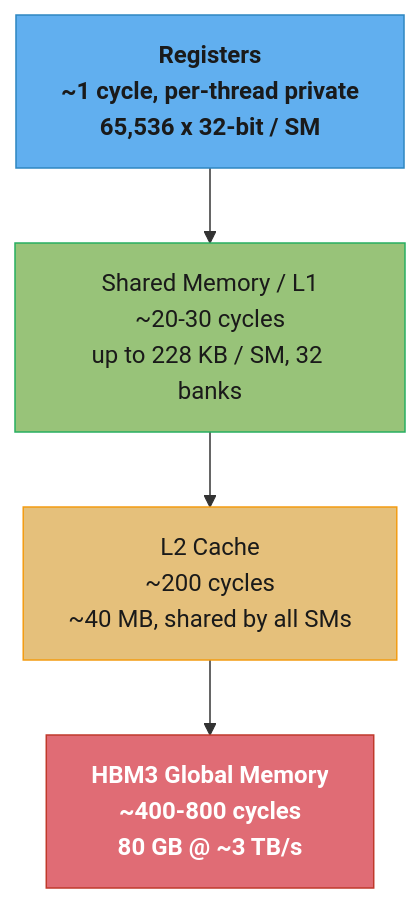
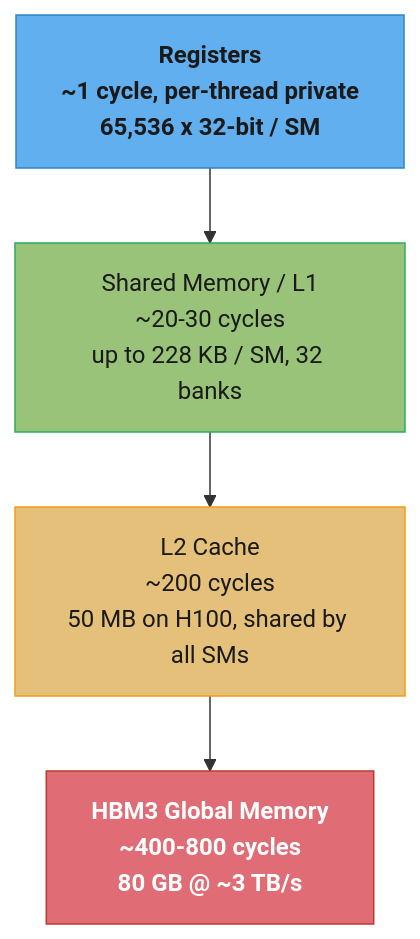
The third of 6 diagrams in src/main/java/com/rutik/systemdesign/cuda/gpu_hardware_architecture/README.md (rppol/system-design), drawn with Mermaid before and after one commit. The commit also changed other lines of this file and 4 other files, not shown here.

````diff
--- a/src/main/java/com/rutik/systemdesign/cuda/gpu_hardware_architecture/README.md
+++ b/src/main/java/com/rutik/systemdesign/cuda/gpu_hardware_architecture/README.md
@@ -257,19 +263,19 @@
 ```mermaid
 flowchart TD
     classDef reg  fill:#61afef,stroke:#2e86c1,color:#1a1a1a,font-weight:bold
     classDef sh   fill:#98c379,stroke:#27ae60,color:#1a1a1a
     classDef l2   fill:#e5c07b,stroke:#f39c12,color:#1a1a1a
     classDef hbm  fill:#e06c75,stroke:#c0392b,color:#fff,font-weight:bold
 
     REG["Registers\n~1 cycle, per-thread private\n65,536 x 32-bit / SM"]
     SH["Shared Memory / L1\n~20-30 cycles\nup to 228 KB / SM, 32 banks"]
-    L2C["L2 Cache\n~200 cycles\n~40 MB, shared by all SMs"]
+    L2C["L2 Cache\n~200 cycles\n50 MB on H100, shared by all SMs"]
     HBM["HBM3 Global Memory\n~400-800 cycles\n80 GB @ ~3 TB/s"]
 
     REG --> SH --> L2C --> HBM
 
     class REG reg
     class SH sh
     class L2C l2
     class HBM hbm
 ```
````
